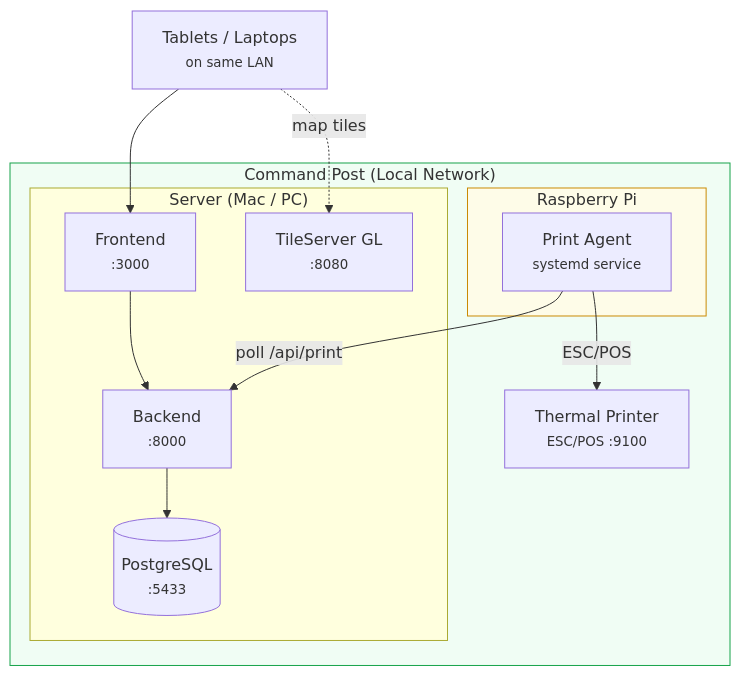
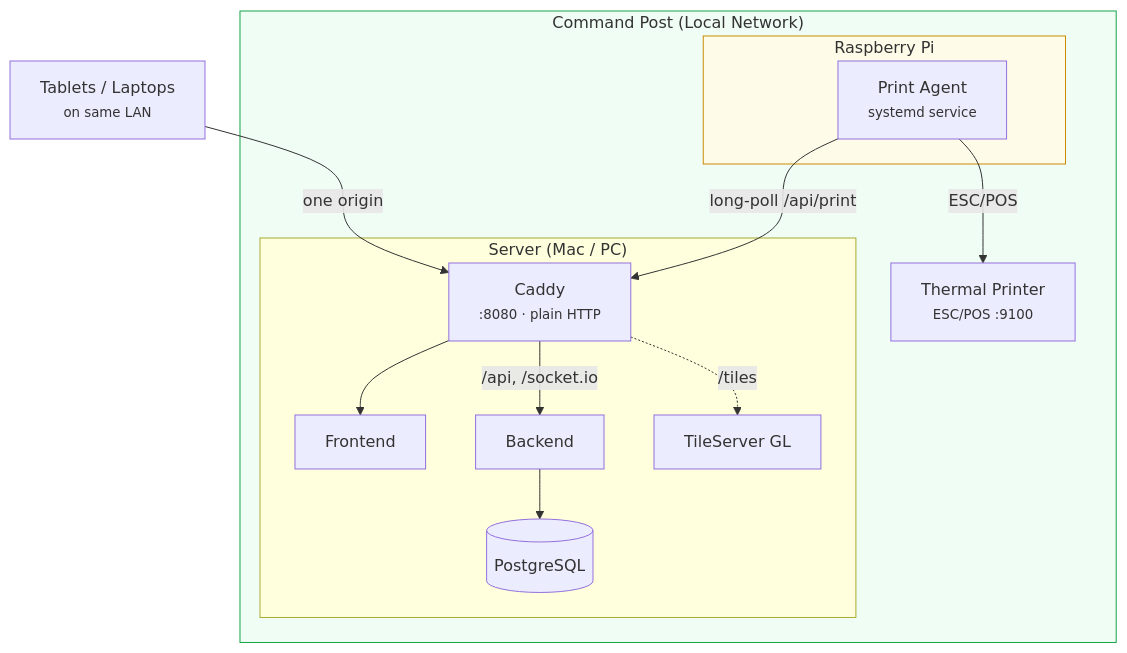
The fifth of 10 diagrams in docs/ARCHITECTURE.md (feuerwehr-oberwil/kp-rueck), drawn with Mermaid before and after one commit. The commit also changed other lines of this file and 32 other files, not shown here.

````diff
--- a/docs/ARCHITECTURE.md
+++ b/docs/ARCHITECTURE.md
@@ -265,26 +300,28 @@
 ```mermaid
 graph TB
     subgraph cp["Command Post (Local Network)"]
         subgraph mac["Server (Mac / PC)"]
-            fe_local["Frontend<br/><small>:3000</small>"]
-            be_local["Backend<br/><small>:8000</small>"]
-            db_local[("PostgreSQL<br/><small>:5433</small>")]
-            tiles_local["TileServer GL<br/><small>:8080</small>"]
+            caddy_local["Caddy<br/><small>:8080 · plain HTTP</small>"]
+            fe_local["Frontend"]
+            be_local["Backend"]
+            db_local[("PostgreSQL")]
+            tiles_local["TileServer GL"]
         end
         subgraph pi["Raspberry Pi"]
             agent["Print Agent<br/><small>systemd service</small>"]
         end
         printer_hw["Thermal Printer<br/><small>ESC/POS :9100</small>"]
     end
 
-    tablets["Tablets / Laptops<br/><small>on same LAN</small>"] --> fe_local
-    fe_local --> be_local
+    tablets["Tablets / Laptops<br/><small>on same LAN</small>"] -->|one origin| caddy_local
+    caddy_local --> fe_local
+    caddy_local -->|"/api, /socket.io"| be_local
+    caddy_local -.->|"/tiles"| tiles_local
     be_local --> db_local
-    tablets -.->|map tiles| tiles_local
 
-    agent -->|poll /api/print| be_local
+    agent -->|long-poll /api/print| caddy_local
     agent -->|ESC/POS| printer_hw
 
     style cp fill:#f0fdf4,stroke:#16a34a
     style pi fill:#fefce8,stroke:#ca8a04
 ```
````
